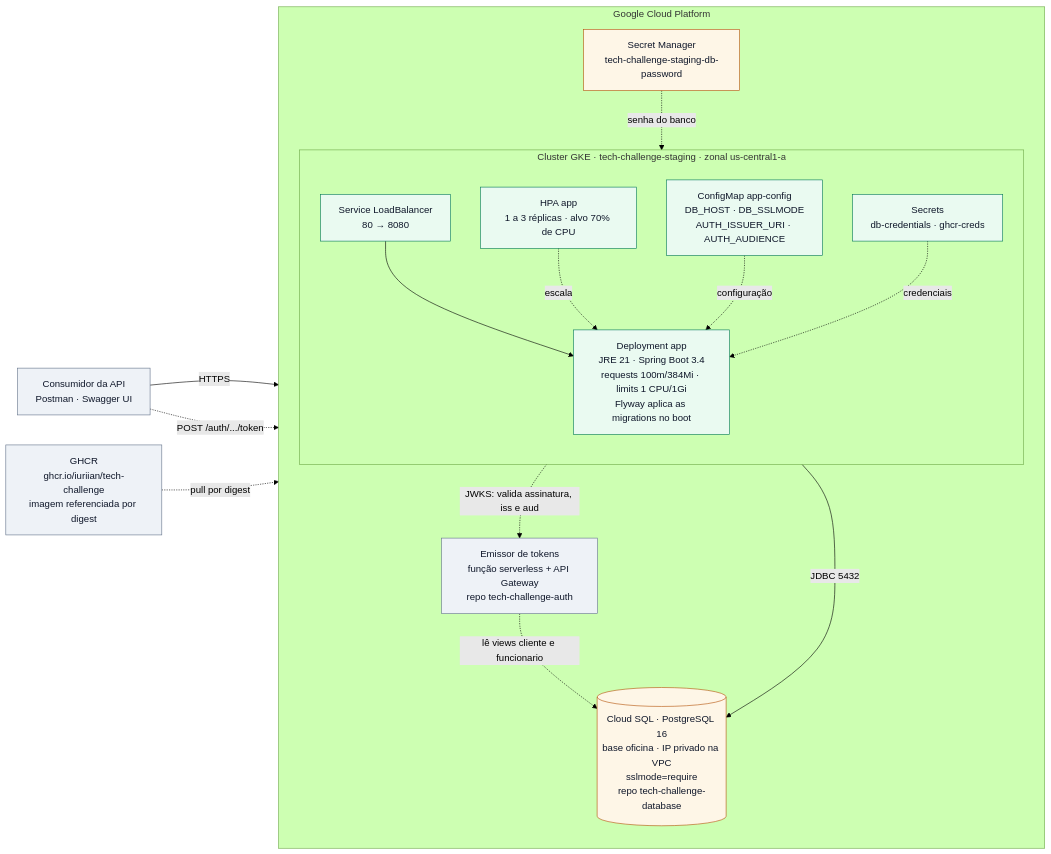
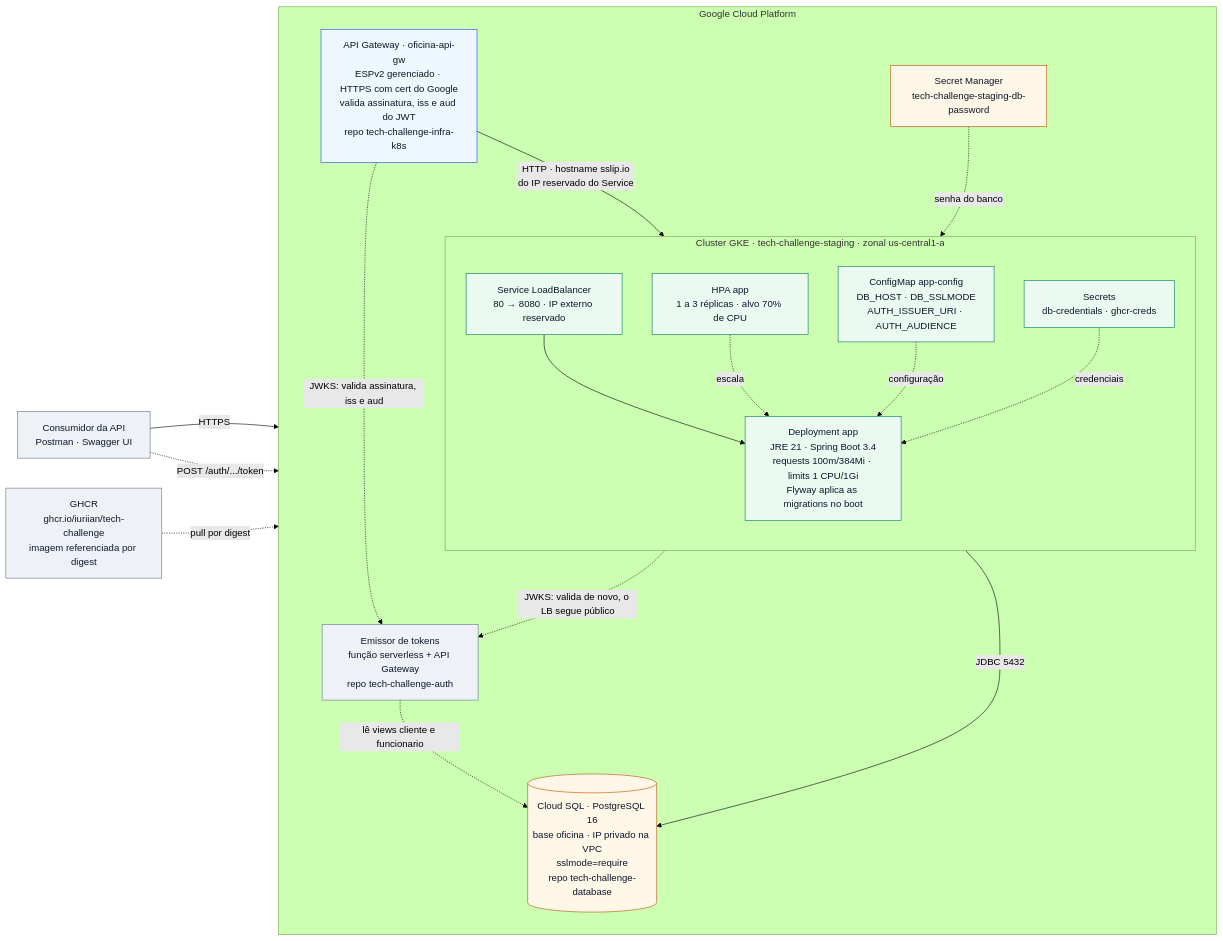
Before and after one commit to iuriian/tech-challenge-app: the diagram in docs/arquitetura.mmd, drawn with Mermaid (forest theme). The commit also changed 8 other files, not shown here.

Commit message:
feat(cd): Reserved LoadBalancer IP and smoke test through the API Gateway

```diff
--- a/docs/arquitetura.mmd
+++ b/docs/arquitetura.mmd
@@ -1,45 +1,51 @@
 flowchart LR
     %% Arquitetura da solução — Tech Challenge (staging)
     %% Setas cheias: caminho da requisição e da entrega.
     %% Setas tracejadas: relações de suporte (pull da imagem, escala, segredos, token).
     %% Renderizar:
     %%   npx -y @mermaid-js/mermaid-cli -i docs/arquitetura.mmd -o docs/arquitetura.svg
     %%   npx -y @mermaid-js/mermaid-cli -i docs/arquitetura.mmd -o docs/arquitetura.png -s 2
     consumidor["Consumidor da API<br/>Postman · Swagger UI"]
     ghcr["GHCR<br/>ghcr.io/iuriian/tech-challenge<br/>imagem referenciada por digest"]
 
     subgraph gcp["Google Cloud Platform"]
         direction TB
 
+        gw["API Gateway · oficina-api-gw<br/>ESPv2 gerenciado · HTTPS com cert do Google<br/>valida assinatura, iss e aud do JWT<br/>repo tech-challenge-infra-k8s"]
+
         subgraph gke["Cluster GKE · tech-challenge-staging · zonal us-central1-a"]
             direction TB
-            svc["Service LoadBalancer<br/>80 → 8080"]
+            svc["Service LoadBalancer<br/>80 → 8080 · IP externo reservado"]
             app["Deployment app<br/>JRE 21 · Spring Boot 3.4<br/>requests 100m/384Mi · limits 1 CPU/1Gi<br/>Flyway aplica as migrations no boot"]
             hpa["HPA app<br/>1 a 3 réplicas · alvo 70% de CPU"]
             cm["ConfigMap app-config<br/>DB_HOST · DB_SSLMODE<br/>AUTH_ISSUER_URI · AUTH_AUDIENCE"]
             sec["Secrets<br/>db-credentials · ghcr-creds"]
         end
 
         sql[("Cloud SQL · PostgreSQL 16<br/>base oficina · IP privado na VPC<br/>sslmode=require<br/>repo tech-challenge-database")]
         auth["Emissor de tokens<br/>função serverless + API Gateway<br/>repo tech-challenge-auth"]
         sm["Secret Manager<br/>tech-challenge-staging-db-password"]
     end
 
-    consumidor -->|HTTPS| svc
+    consumidor -->|HTTPS| gw
+    gw -->|"HTTP · hostname sslip.io<br/>do IP reservado do Service"| svc
     svc --> app
     app -->|"JDBC 5432"| sql
     consumidor -.->|"POST /auth/.../token"| auth
-    app -.->|"JWKS: valida assinatura, iss e aud"| auth
+    gw -.->|"JWKS: valida assinatura, iss e aud"| auth
+    app -.->|"JWKS: valida de novo, o LB segue público"| auth
     auth -.->|"lê views cliente e funcionario"| sql
     hpa -.->|escala| app
     cm -.->|configuração| app
     sec -.->|credenciais| app
     sm -.->|senha do banco| sec
     ghcr -.->|pull por digest| app
 
     classDef externo fill:#eef2f7,stroke:#64748b,stroke-width:1px,color:#0f172a
     classDef dados fill:#fef6e7,stroke:#b45309,stroke-width:1px,color:#0f172a
     classDef carga fill:#eafaf1,stroke:#047857,stroke-width:1px,color:#0f172a
+    classDef borda fill:#eef6fe,stroke:#1d4ed8,stroke-width:1px,color:#0f172a
     class consumidor,ghcr,auth externo
     class sql,sm dados
     class app,svc,hpa,cm,sec carga
+    class gw borda
```
